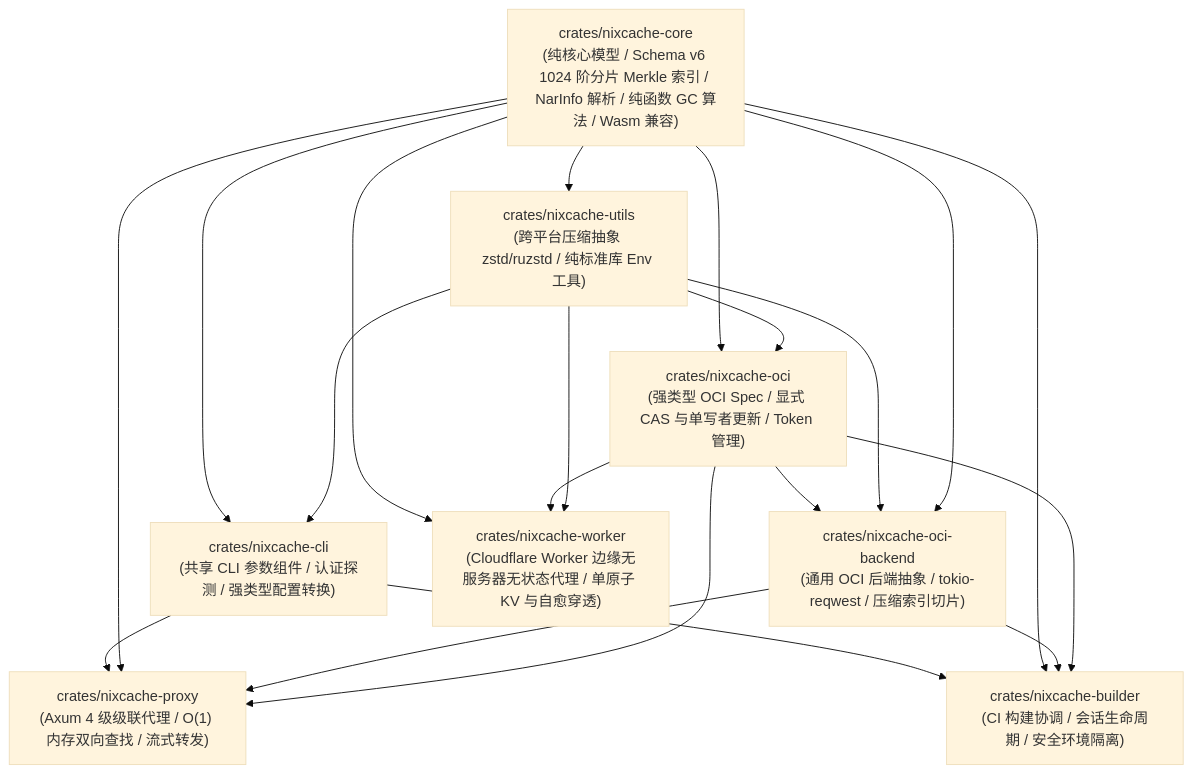
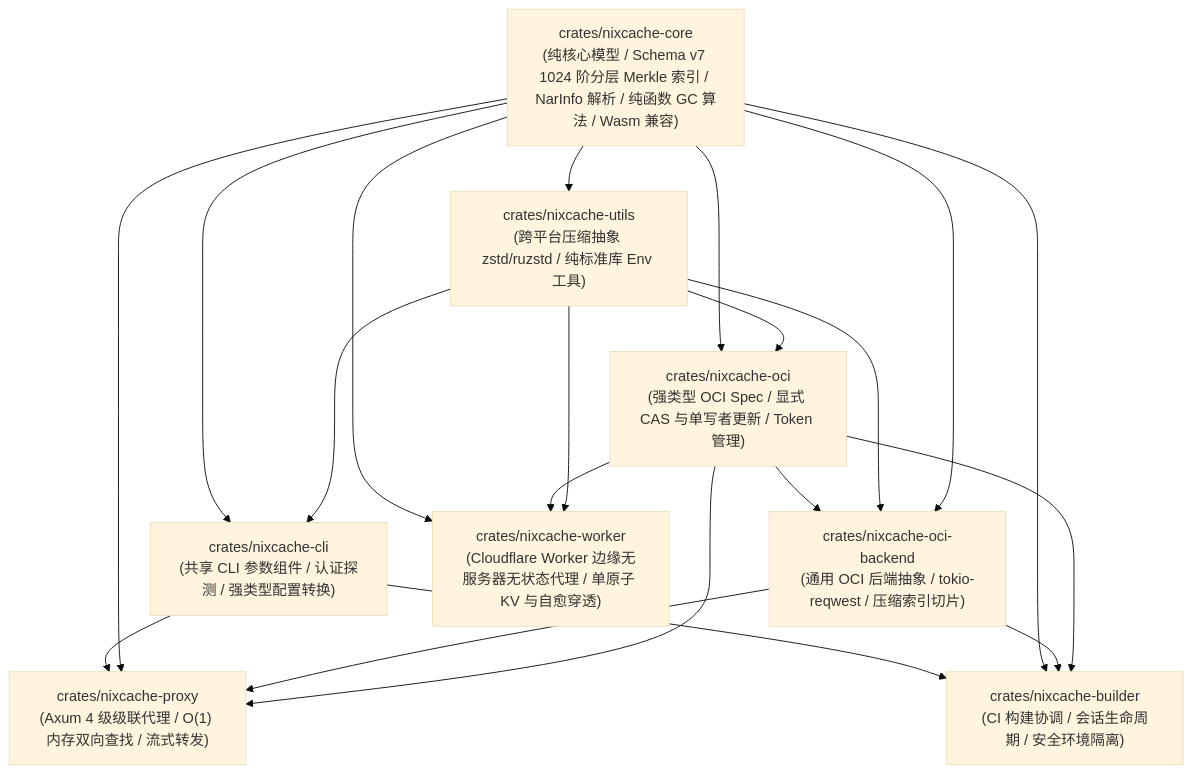
The second of 3 diagrams in README.md (shaogme/nixcache-oci), drawn with Mermaid (base theme) before and after one commit. The commit also changed other lines of this file and 29 other files, not shown here.

First line of the commit message:
feat(core,oci)!: upgrade index to Schema v7 with domain-separated hierarchical Merkle tree

````diff
--- a/README.md
+++ b/README.md
@@ -987,31 +987,31 @@
 ```mermaid
 flowchart TD
-    Core["crates/nixcache-core<br>(纯核心模型 / Schema v6 1024 阶分片 Merkle 索引 / NarInfo 解析 / 纯函数 GC 算法 / Wasm 兼容)"]
+    Core["crates/nixcache-core<br>(纯核心模型 / Schema v7 1024 阶分层 Merkle 索引 / NarInfo 解析 / 纯函数 GC 算法 / Wasm 兼容)"]
     Utils["crates/nixcache-utils<br>(跨平台压缩抽象 zstd/ruzstd / 纯标准库 Env 工具)"]
     CLI["crates/nixcache-cli<br>(共享 CLI 参数组件 / 认证探测 / 强类型配置转换)"]
     OCI["crates/nixcache-oci<br>(强类型 OCI Spec / 显式 CAS 与单写者更新 / Token 管理)"]
     Backend["crates/nixcache-oci-backend<br>(通用 OCI 后端抽象 / tokio-reqwest / 压缩索引切片)"]
     Proxy["crates/nixcache-proxy<br>(Axum 4 级级联代理 / O(1) 内存双向查找 / 流式转发)"]
     Builder["crates/nixcache-builder<br>(CI 构建协调 / 会话生命周期 / 安全环境隔离)"]
     Worker["crates/nixcache-worker<br>(Cloudflare Worker 边缘无服务器无状态代理 / 单原子 KV 与自愈穿透)"]
 
     Core --> Utils
     Core --> OCI
     Utils --> OCI
     OCI --> Backend
     Utils --> Backend
     Core --> Backend
     Core --> CLI
     Utils --> CLI
     CLI --> Proxy
     Core --> Proxy
     Backend --> Proxy
     OCI --> Proxy
     CLI --> Builder
     Core --> Builder
     Backend --> Builder
     OCI --> Builder
     Core --> Worker
     OCI --> Worker
     Utils --> Worker
 ```
````
